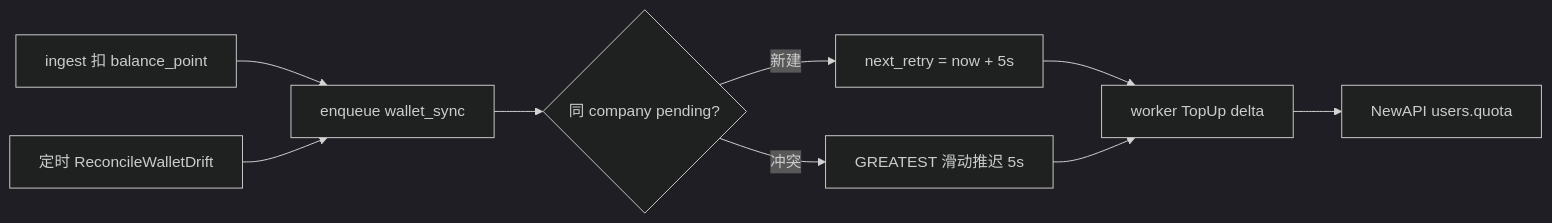
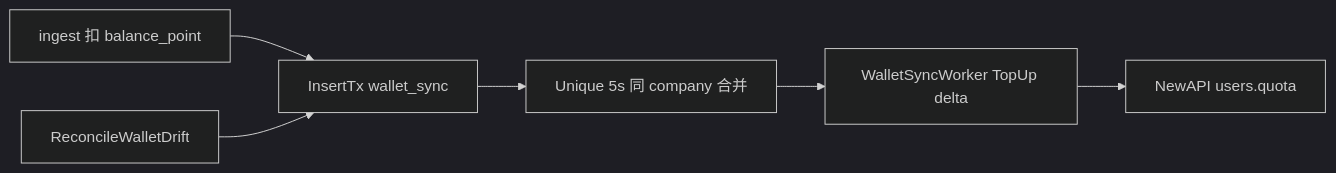
The sixth of 7 diagrams in docs/Backend-计费模式.md (quyip8818/mytokenjoy), drawn with Mermaid (dark theme) before and after one commit. The commit also changed other lines of this file and 112 other files, not shown here.

````diff
--- a/docs/Backend-计费模式.md
+++ b/docs/Backend-计费模式.md
@@ -268,11 +268,8 @@
 ```mermaid
 flowchart LR
-    ING[ingest 扣 balance_point] --> Q[enqueue wallet_sync]
-    Q --> D{同 company pending?}
-    D -->|新建| T[next_retry = now + 5s]
-    D -->|冲突| S[GREATEST 滑动推迟 5s]
-    T --> W[worker TopUp delta]
-    S --> W
+    ING[ingest 扣 balance_point] --> TX[InsertTx wallet_sync]
+    TX --> U[Unique 5s 同 company 合并]
+    U --> W[WalletSyncWorker TopUp delta]
     W --> NA[NewAPI users.quota]
-    RC[定时 ReconcileWalletDrift] --> Q
+    RC[ReconcileWalletDrift] --> TX
 ```
````
